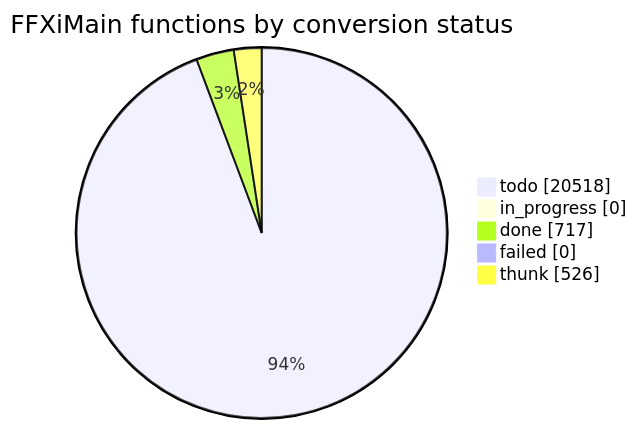
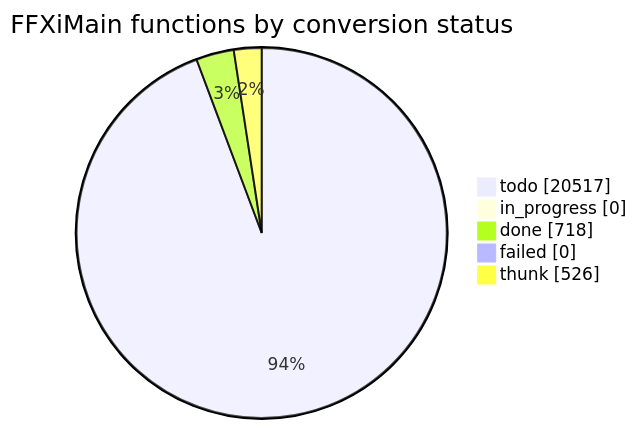
One commit to cowrevenge/cow_kuluu_xi_anything changed the diagram in docs/cow/STATUS.md. Above: the diagram before and after it, drawn with Mermaid. The commit also changed other lines of this file and 9 other files, not shown here.

````diff
--- a/docs/cow/STATUS.md
+++ b/docs/cow/STATUS.md
@@ -18,9 +18,9 @@
 ```mermaid
 pie showData
     title FFXiMain functions by conversion status
-    "todo" : 20518
+    "todo" : 20517
     "in_progress" : 0
-    "done" : 717
+    "done" : 718
     "failed" : 0
     "thunk" : 526
 ```
````
